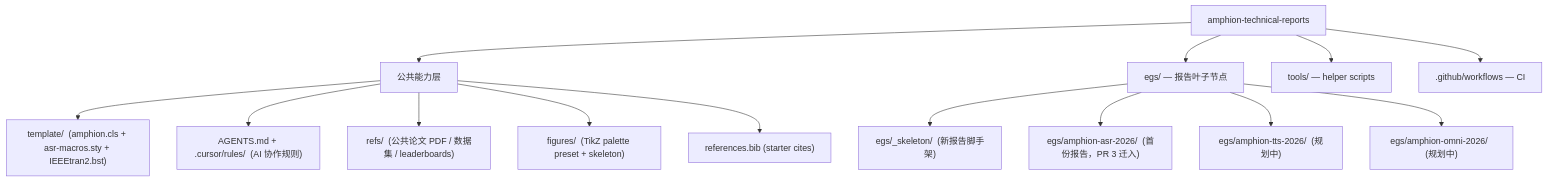
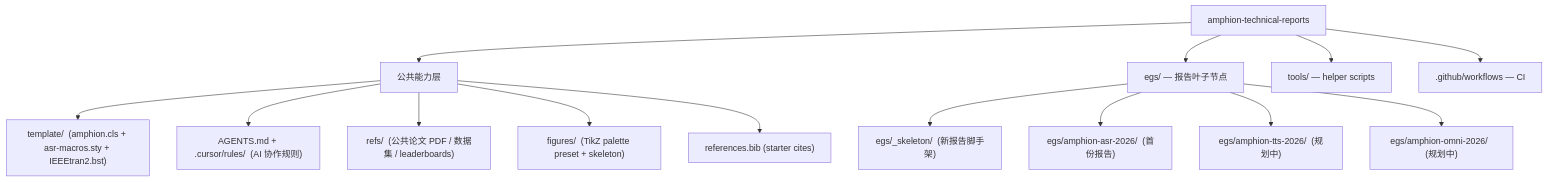
The diagram in README.md (amphionspace/amphion-paperkit), drawn with Mermaid before and after one commit. The commit also changed other lines of this file and 2 other files, not shown here.

````diff
--- a/README.md
+++ b/README.md
@@ -5,19 +5,19 @@
 ```mermaid
 graph TD
     Root[amphion-technical-reports]
     Root --> Public["公共能力层"]
     Root --> Egs["egs/ — 报告叶子节点"]
     Root --> Tools["tools/ — helper scripts"]
     Root --> CI[".github/workflows — CI"]
 
     Public --> Template["template/  (amphion.cls + asr-macros.sty + IEEEtran2.bst)"]
     Public --> Agents["AGENTS.md + .cursor/rules/  (AI 协作规则)"]
     Public --> CommonRefs["refs/  (公共论文 PDF / 数据集 / leaderboards)"]
     Public --> Figures["figures/  (TikZ palette preset + skeleton)"]
     Public --> StarterBib["references.bib  (starter cites)"]
 
     Egs --> Skeleton["egs/_skeleton/  (新报告脚手架)"]
-    Egs --> AsrReport["egs/amphion-asr-2026/  (首份报告，PR 3 迁入)"]
+    Egs --> AsrReport["egs/amphion-asr-2026/  (首份报告)"]
     Egs --> FutureA["egs/amphion-tts-2026/  (规划中)"]
     Egs --> FutureB["egs/amphion-omni-2026/  (规划中)"]
 ```
````
